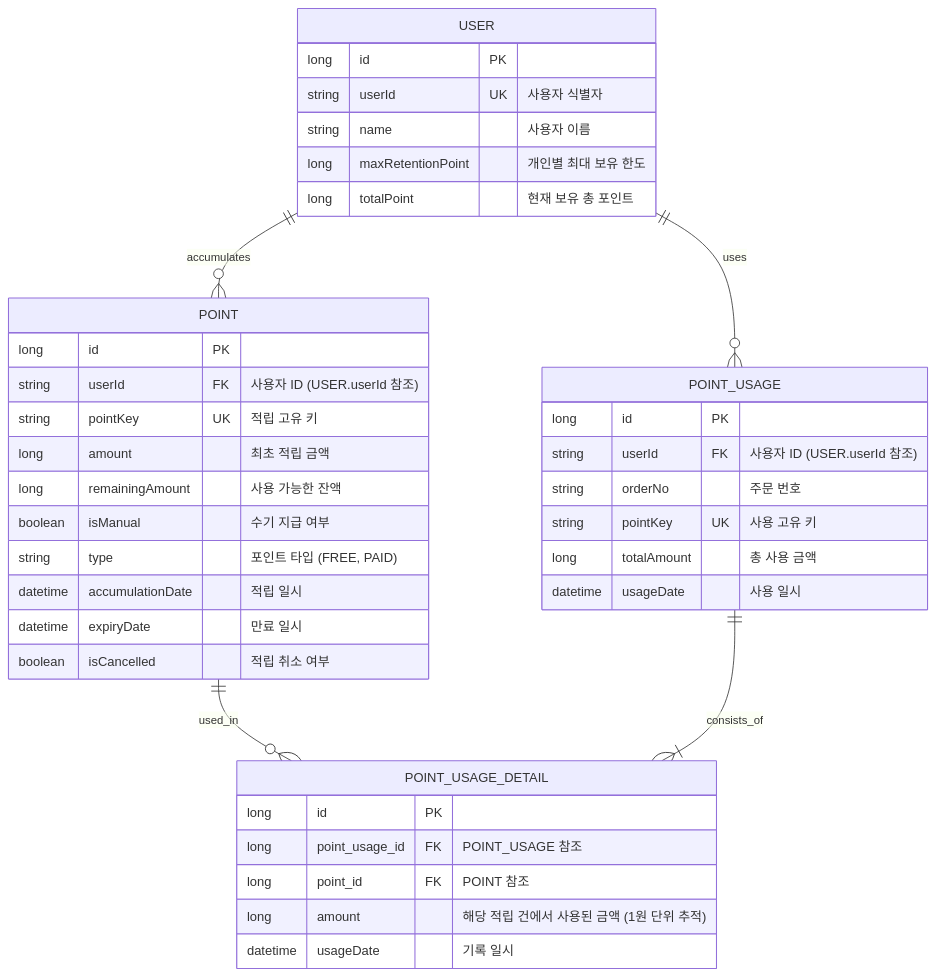
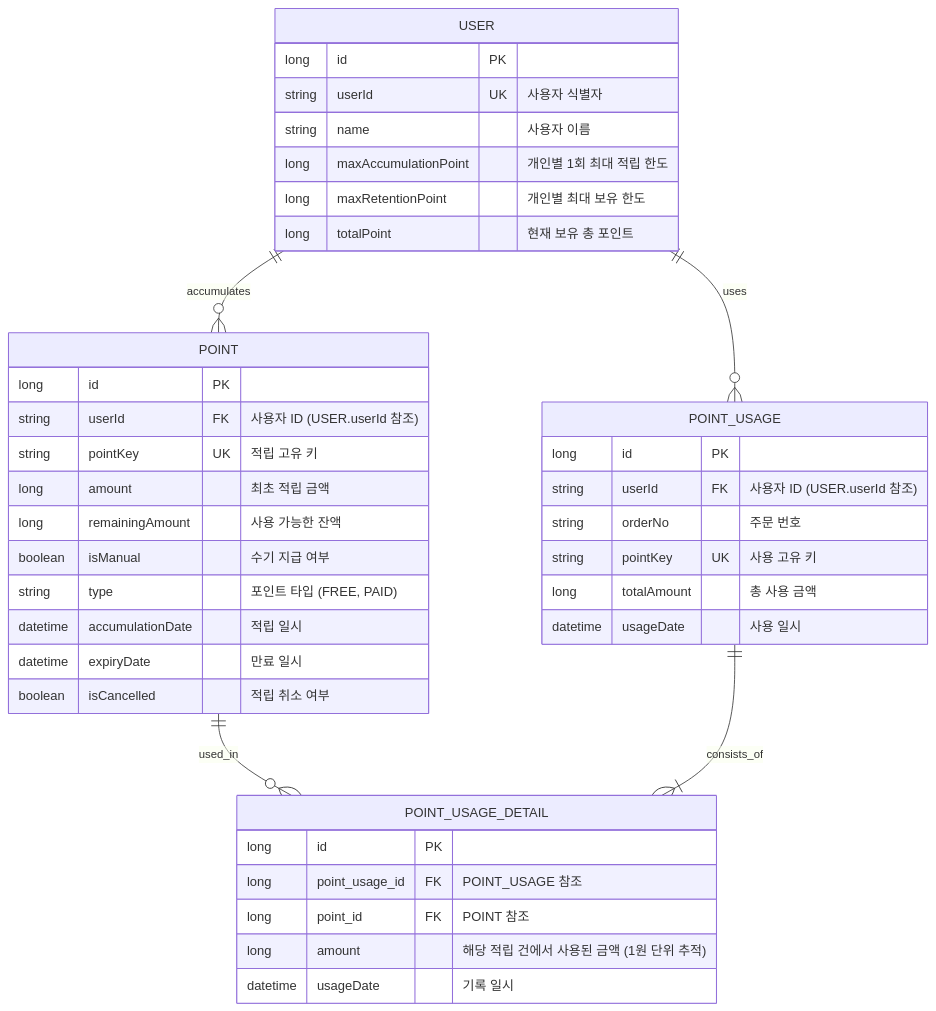
One commit to muzzaiwork/point changed the diagram in docs/erd.md. Above: the diagram before and after it, drawn with Mermaid. The commit also changed other lines of this file and 4 other files, not shown here.

Commit message:
Move maxAccumulationPoint and min point checks to User entity for better encapsulation

````diff
--- a/docs/erd.md
+++ b/docs/erd.md
@@ -5,45 +5,46 @@
 ```mermaid
 erDiagram
     USER ||--o{ POINT : "accumulates"
     USER ||--o{ POINT_USAGE : "uses"
     POINT ||--o{ POINT_USAGE_DETAIL : "used_in"
     POINT_USAGE ||--|{ POINT_USAGE_DETAIL : "consists_of"
 
     USER {
         long id PK
         string userId UK "사용자 식별자"
         string name "사용자 이름"
+        long maxAccumulationPoint "개인별 1회 최대 적립 한도"
         long maxRetentionPoint "개인별 최대 보유 한도"
         long totalPoint "현재 보유 총 포인트"
     }
 
     POINT {
         long id PK
         string userId FK "사용자 ID (USER.userId 참조)"
         string pointKey UK "적립 고유 키"
         long amount "최초 적립 금액"
         long remainingAmount "사용 가능한 잔액"
         boolean isManual "수기 지급 여부"
         string type "포인트 타입 (FREE, PAID)"
         datetime accumulationDate "적립 일시"
         datetime expiryDate "만료 일시"
         boolean isCancelled "적립 취소 여부"
     }
 
     POINT_USAGE {
         long id PK
         string userId FK "사용자 ID (USER.userId 참조)"
         string orderNo "주문 번호"
         string pointKey UK "사용 고유 키"
         long totalAmount "총 사용 금액"
         datetime usageDate "사용 일시"
     }
 
     POINT_USAGE_DETAIL {
         long id PK
         long point_usage_id FK "POINT_USAGE 참조"
         long point_id FK "POINT 참조"
         long amount "해당 적립 건에서 사용된 금액 (1원 단위 추적)"
         datetime usageDate "기록 일시"
     }
 ```
````
